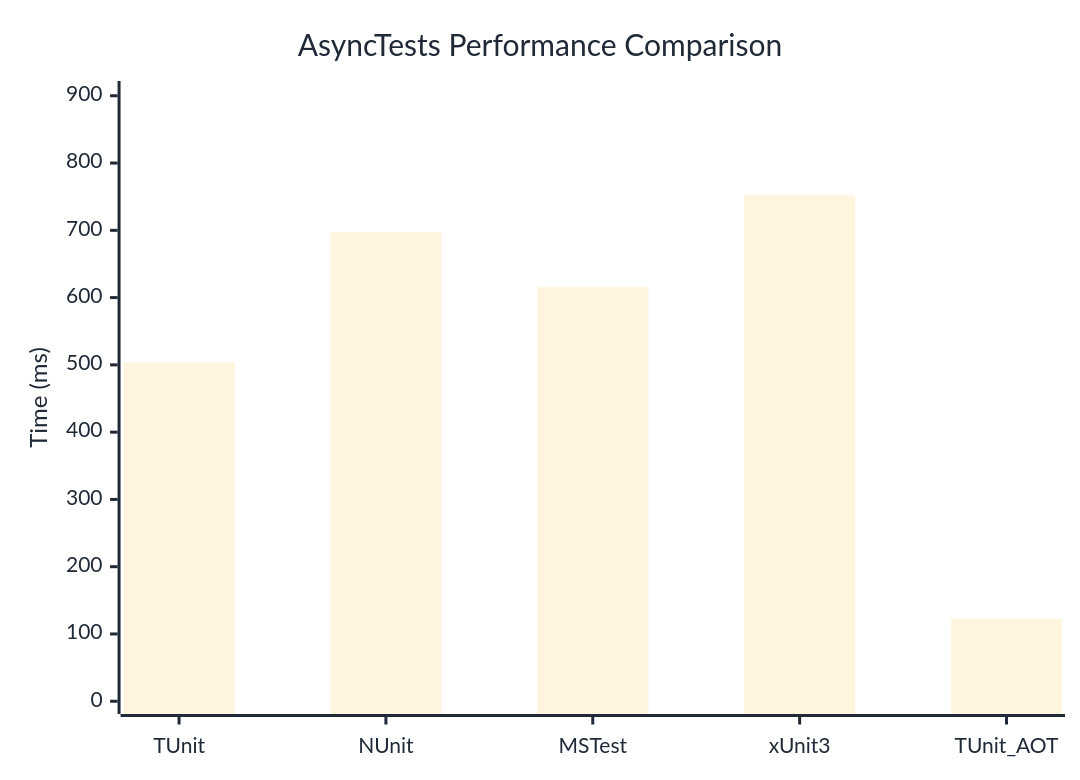
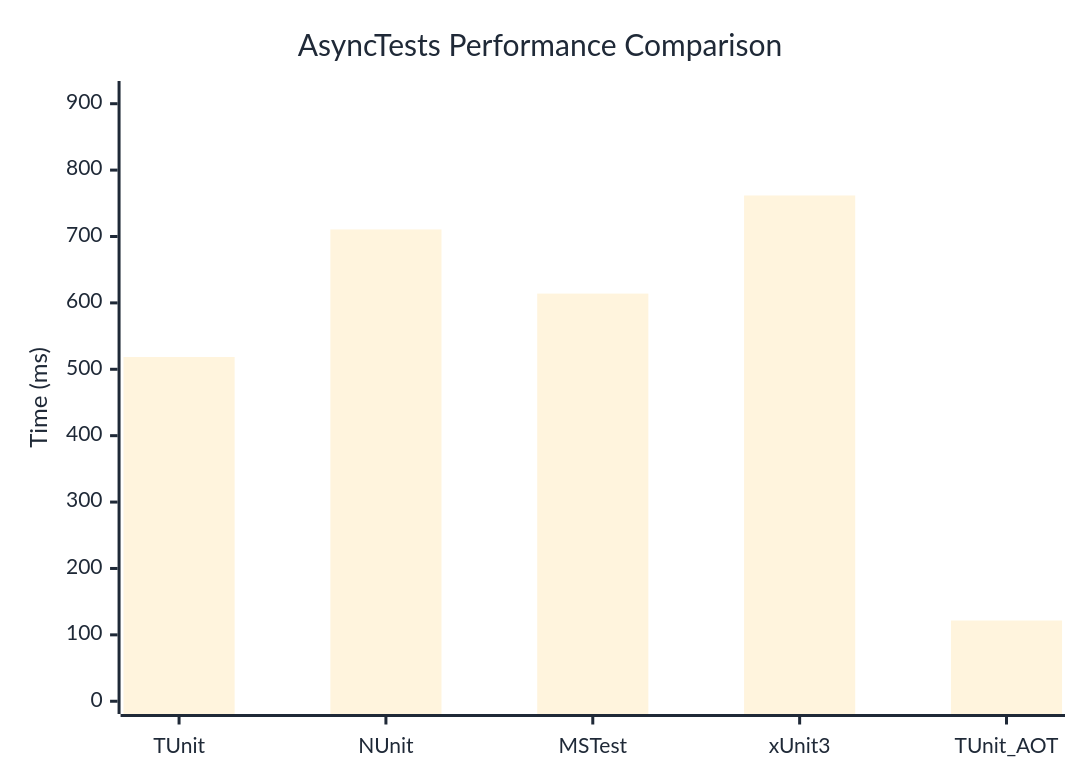
One commit to thomhurst/TUnit changed the diagram in docs/docs/benchmarks/AsyncTests.md. Above: the diagram before and after it, drawn with Mermaid. The commit also changed other lines of this file and 17 other files, not shown here.

````diff
--- a/docs/docs/benchmarks/AsyncTests.md
+++ b/docs/docs/benchmarks/AsyncTests.md
@@ -27,37 +27,37 @@
 ```mermaid
 %%{init: {
   'theme':'base',
   'themeVariables': {
     'primaryColor': '#2563eb',
     'primaryTextColor': '#1f2937',
     'primaryBorderColor': '#1e40af',
     'lineColor': '#6b7280',
     'secondaryColor': '#7c3aed',
     'tertiaryColor': '#dc2626',
     'background': '#ffffff',
     'mainBkg': '#2563eb',
     'secondBkg': '#7c3aed',
     'tertiaryBkg': '#dc2626',
     'clusterBkg': '#f3f4f6',
     'edgeLabelBackground': '#ffffff',
     'tertiaryTextColor': '#1f2937',
     'pie1': '#2563eb',
     'pie2': '#7c3aed',
     'pie3': '#dc2626',
     'pie4': '#f59e0b',
     'pie5': '#10b981',
     'pie6': '#06b6d4',
     'pie7': '#ec4899',
     'pie8': '#6366f1',
     'pie9': '#84cc16',
     'pie10': '#f97316',
     'pie11': '#14b8a6',
     'pie12': '#a855f7'
   }
 }}%%
 xychart-beta
   title "AsyncTests Performance Comparison"
   x-axis ["TUnit", "NUnit", "MSTest", "xUnit3", "TUnit_AOT"]
-  y-axis "Time (ms)" 0 --> 903
-  bar [503.7, 697.7, 615.5, 752, 122.6]
+  y-axis "Time (ms)" 0 --> 915
+  bar [518.5, 710.6, 614, 761.8, 121.6]
 ```
````
